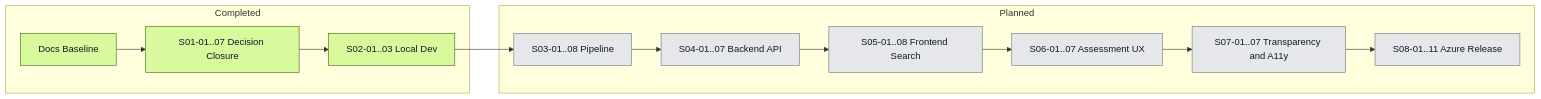
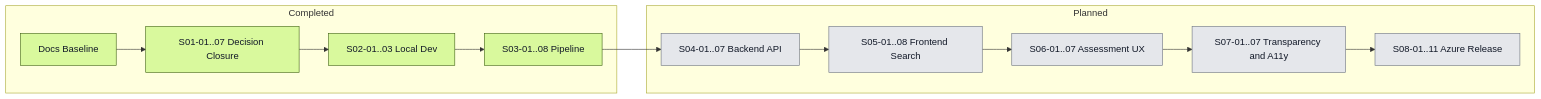
Before and after one commit to artemsemdev/SeaRise-Europe: the second of 2 diagrams in docs/delivery/ROADMAP.md, drawn with Mermaid. The commit also changed other lines of this file and 22 other files, not shown here.

````diff
--- a/docs/delivery/ROADMAP.md
+++ b/docs/delivery/ROADMAP.md
@@ -193,25 +193,25 @@
 ```mermaid
 flowchart LR
     subgraph Completed
         B[Docs Baseline]
         W1[S01-01..07 Decision Closure]
         W2[S02-01..03 Local Dev]
+        W3[S03-01..08 Pipeline]
     end
 
     subgraph Planned
-        W3[S03-01..08 Pipeline]
         W4[S04-01..07 Backend API]
         W5[S05-01..08 Frontend Search]
         W6[S06-01..07 Assessment UX]
         W7[S07-01..07 Transparency and A11y]
         W8[S08-01..11 Azure Release]
     end
 
     B --> W1 --> W2 --> W3 --> W4 --> W5 --> W6 --> W7 --> W8
 
     classDef done fill:#d9f99d,stroke:#3f6212,color:#111827;
     classDef later fill:#e5e7eb,stroke:#6b7280,color:#111827;
 
-    class B,W1,W2 done;
-    class W3,W4,W5,W6,W7,W8 later;
+    class B,W1,W2,W3 done;
+    class W4,W5,W6,W7,W8 later;
 ```
````
